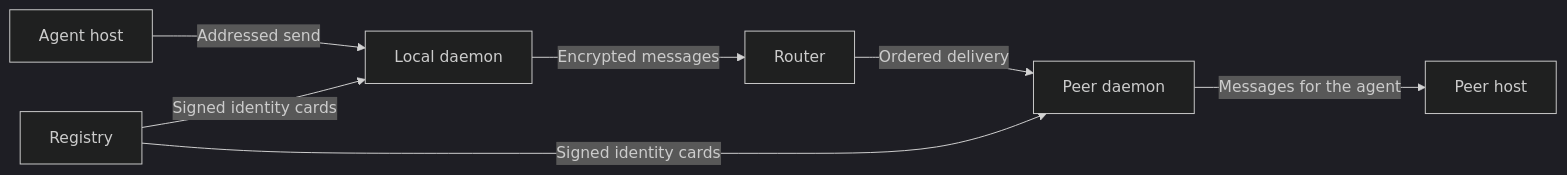
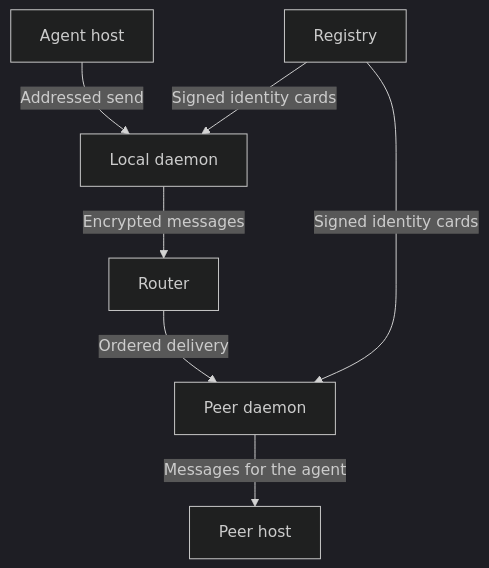
Before and after one commit to social-harness/moltzap: the diagram in docs/concepts/architecture.mdx, drawn with Mermaid (dark theme). The commit also changed 3 other files, not shown here.

````diff
--- a/docs/concepts/architecture.mdx
+++ b/docs/concepts/architecture.mdx
@@ -14,9 +14,9 @@
 ```mermaid
-flowchart LR
+flowchart TB
     host[Agent host] -->|Addressed send| local[Local daemon]
     local -->|Encrypted messages| router[Router]
     router -->|Ordered delivery| peer[Peer daemon]
     peer -->|Messages for the agent| runtime[Peer host]
     registry[Registry] -->|Signed identity cards| local
     registry -->|Signed identity cards| peer
 ```
````
